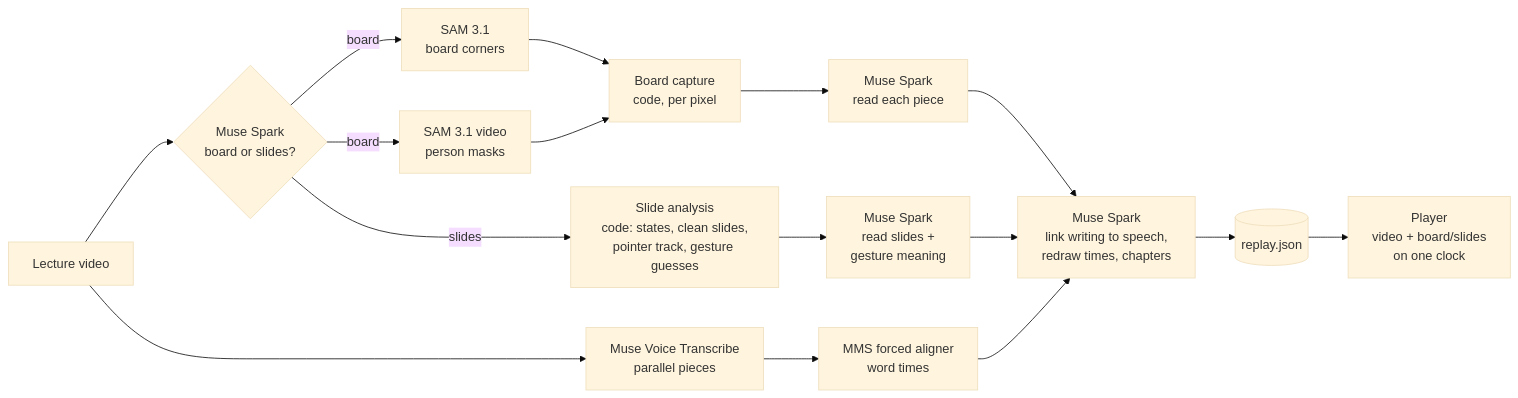
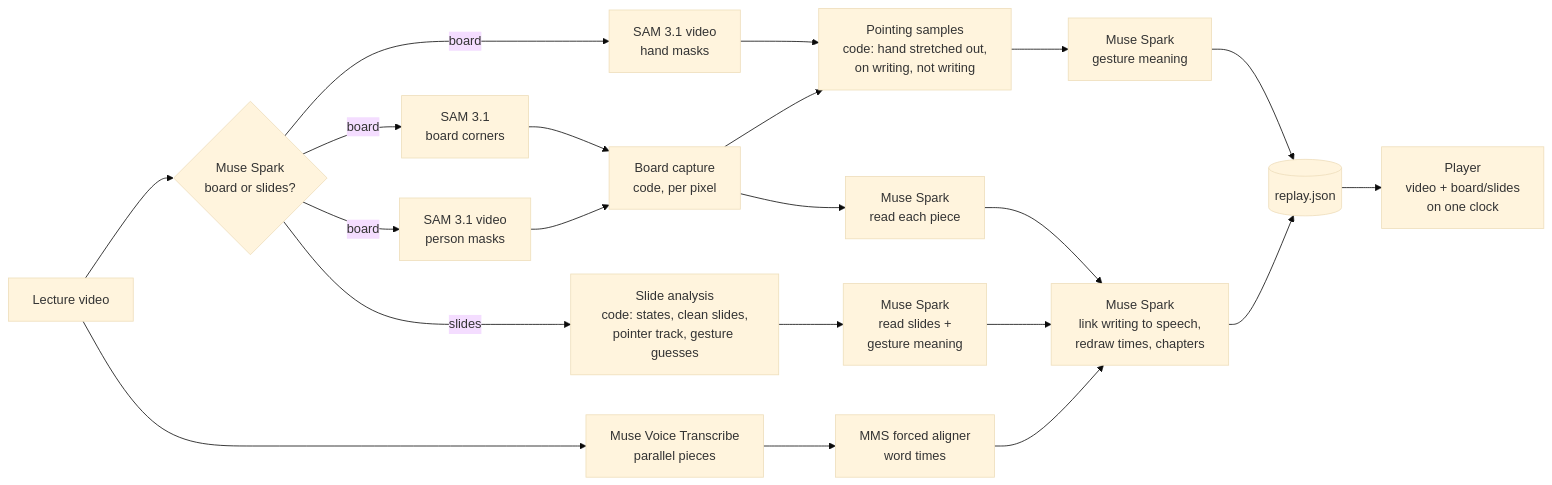
One commit to MohammadYehya/replay-board changed the diagram in README.md. Above: the diagram before and after it, drawn with Mermaid (base theme). The commit also changed other lines of this file and 26 other files, not shown here.

First line of the commit message:
Board lectures: the teacher's pointing is drawn on the virtual board

````diff
--- a/README.md
+++ b/README.md
@@ -15,18 +17,23 @@
 ```mermaid
 flowchart LR
   V[Lecture video] --> C{Muse Spark<br/>board or slides?}
   C -->|board| S1[SAM 3.1<br/>board corners]
   C -->|board| S2[SAM 3.1 video<br/>person masks]
+  C -->|board| S3[SAM 3.1 video<br/>hand masks]
   S1 --> BC[Board capture<br/>code, per pixel]
   S2 --> BC
   BC --> R1[Muse Spark<br/>read each piece]
+  S3 --> PT[Pointing samples<br/>code: hand stretched out,<br/>on writing, not writing]
+  BC --> PT
+  PT --> G1[Muse Spark<br/>gesture meaning]
   C -->|slides| SA[Slide analysis<br/>code: states, clean slides,<br/>pointer track, gesture guesses]
   SA --> R2[Muse Spark<br/>read slides +<br/>gesture meaning]
   V --> T[Muse Voice Transcribe<br/>parallel pieces]
   T --> A[MMS forced aligner<br/>word times]
   R1 --> L[Muse Spark<br/>link writing to speech,<br/>redraw times, chapters]
+  G1 --> J
   R2 --> L
   A --> L
   L --> J[(replay.json)]
   J --> P[Player<br/>video + board/slides<br/>on one clock]
 ```
````
